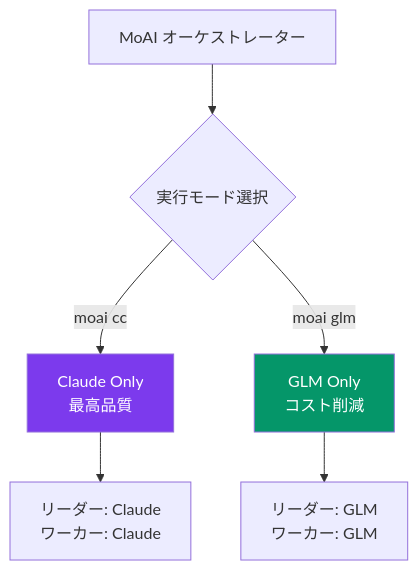
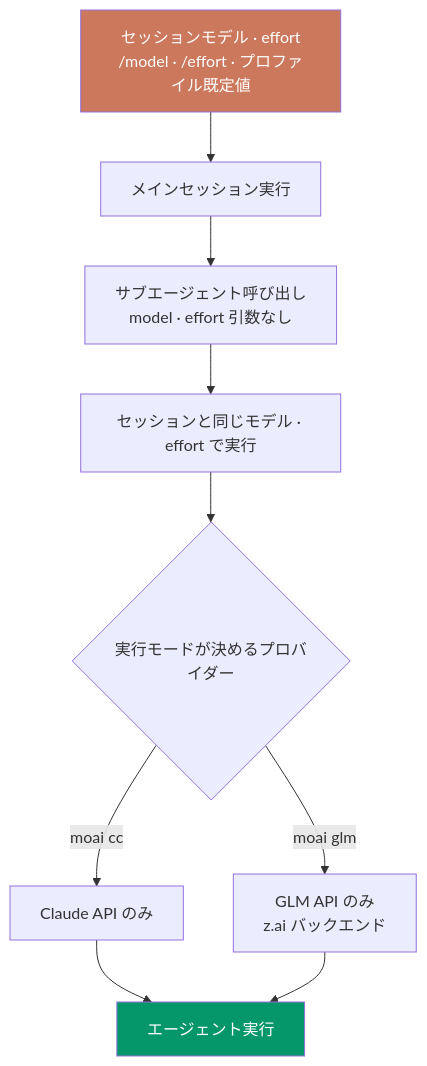
Before and after one commit to modu-ai/moai-adk: the diagram in docs-site/content/ja/multi-llm/_index.md, drawn with Mermaid. The commit also changed other lines of this file and 2 other files, not shown here.

````diff
--- a/docs-site/content/ja/multi-llm/_index.md
+++ b/docs-site/content/ja/multi-llm/_index.md
@@ -52,12 +123,14 @@
 ```mermaid
-graph TD
-    A["MoAI オーケストレーター"] --> B{"実行モード選択"}
-    B -->|"moai cc"| C["Claude Only<br/>最高品質"]
-    B -->|"moai glm"| D["GLM Only<br/>コスト削減"]
+flowchart TD
+    A["セッションモデル · effort<br/>/model · /effort · プロファイル既定値"] --> B["メインセッション実行"]
+    B --> C["サブエージェント呼び出し<br/>model · effort 引数なし"]
+    C --> D["セッションと同じモデル · effort で実行"]
+    D --> E{"実行モードが決めるプロバイダー"}
+    E -->|"moai cc"| F["Claude API のみ"]
+    E -->|"moai glm"| G["GLM API のみ<br/>z.ai バックエンド"]
+    F --> I["エージェント実行"]
+    G --> I
 
-    C --> F["リーダー: Claude<br/>ワーカー: Claude"]
-    D --> G["リーダー: GLM<br/>ワーカー: GLM"]
-
-    style C fill:#7C3AED,color:#fff
-    style D fill:#059669,color:#fff
+    style A fill:#cc785c,color:#fff
+    style I fill:#059669,color:#fff
 ```
````
